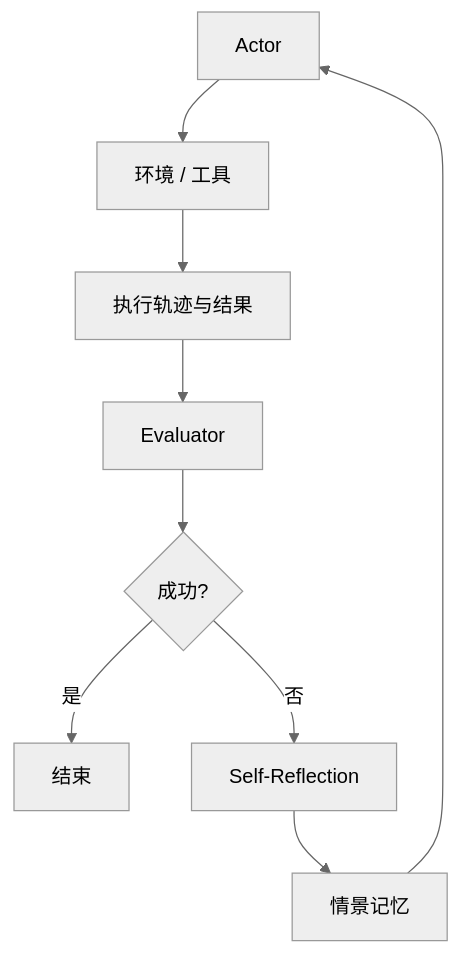
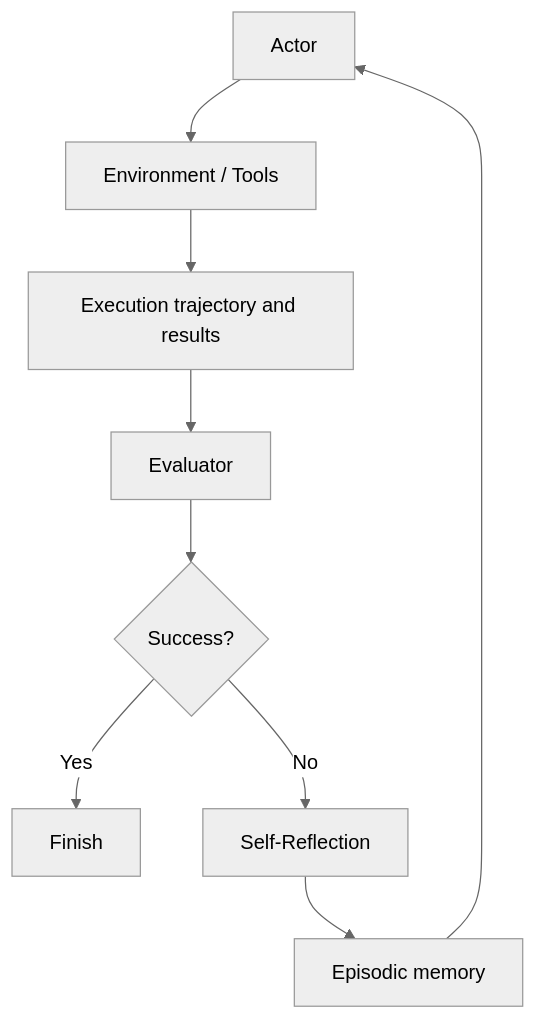
The seventh of 10 diagrams in docs/agent/02-reasoning-planning/04-agent-design-patterns.md (oneleaveknowsthefall/awesome-ai-roadmap), drawn with Mermaid (neutral theme) before and after one commit. The commit also changed other lines of this file and 68 other files, not shown here.

````diff
--- a/docs/agent/02-reasoning-planning/04-agent-design-patterns.md
+++ b/docs/agent/02-reasoning-planning/04-agent-design-patterns.md
@@ -381,11 +385,11 @@
 ```mermaid
 flowchart TB
-    A[Actor] --> ENV[环境 / 工具]
-    ENV --> TRAJ[执行轨迹与结果]
+    A[Actor] --> ENV[Environment / Tools]
+    ENV --> TRAJ[Execution trajectory and results]
     TRAJ --> E[Evaluator]
-    E --> PASS{成功?}
-    PASS -->|是| DONE[结束]
-    PASS -->|否| SR[Self-Reflection]
-    SR --> MEM[情景记忆]
+    E --> PASS{Success?}
+    PASS -->|Yes| DONE[Finish]
+    PASS -->|No| SR[Self-Reflection]
+    SR --> MEM[Episodic memory]
     MEM --> A
 ```
````
